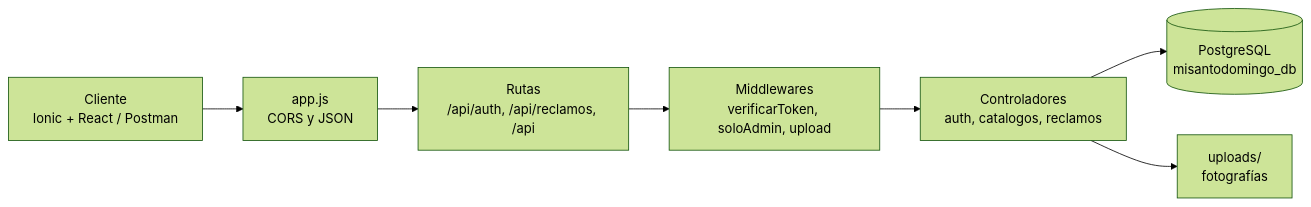
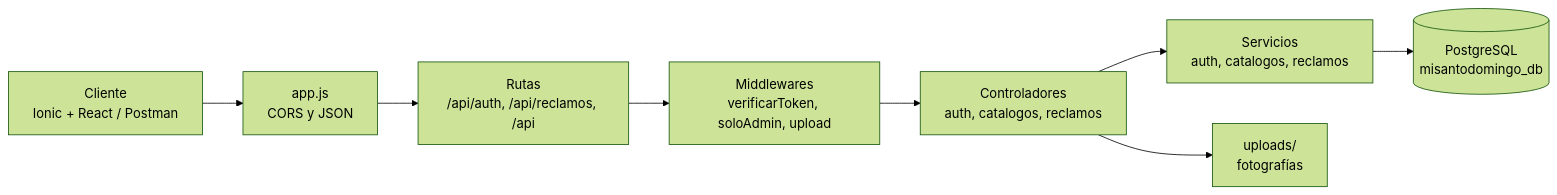
One commit to sebagarayn/MiSantoDomingo changed the first of 2 diagrams in README.md. Above: the diagram before and after it, drawn with Mermaid (forest theme). The commit also changed other lines of this file and 1 other file, not shown here.

````diff
--- a/README.md
+++ b/README.md
@@ -237,9 +222,10 @@
 ```mermaid
 flowchart LR
     C["Cliente<br/>Ionic + React / Postman"] --> A["app.js<br/>CORS y JSON"]
     A --> R["Rutas<br/>/api/auth, /api/reclamos, /api"]
     R --> M["Middlewares<br/>verificarToken, soloAdmin, upload"]
     M --> K["Controladores<br/>auth, catalogos, reclamos"]
-    K --> P[("PostgreSQL<br/>misantodomingo_db")]
+    K --> S["Servicios<br/>auth, catalogos, reclamos"]
+    S --> P[("PostgreSQL<br/>misantodomingo_db")]
     K --> U["uploads/<br/>fotografías"]
 ```
````
